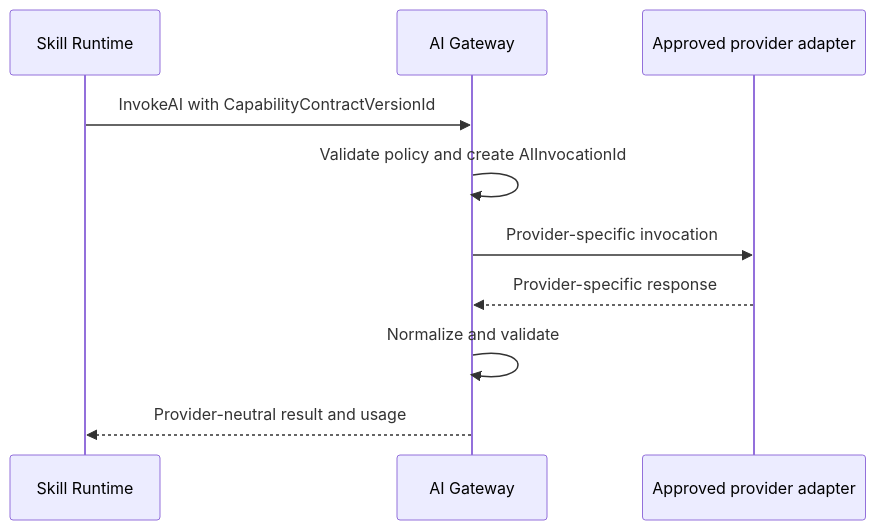
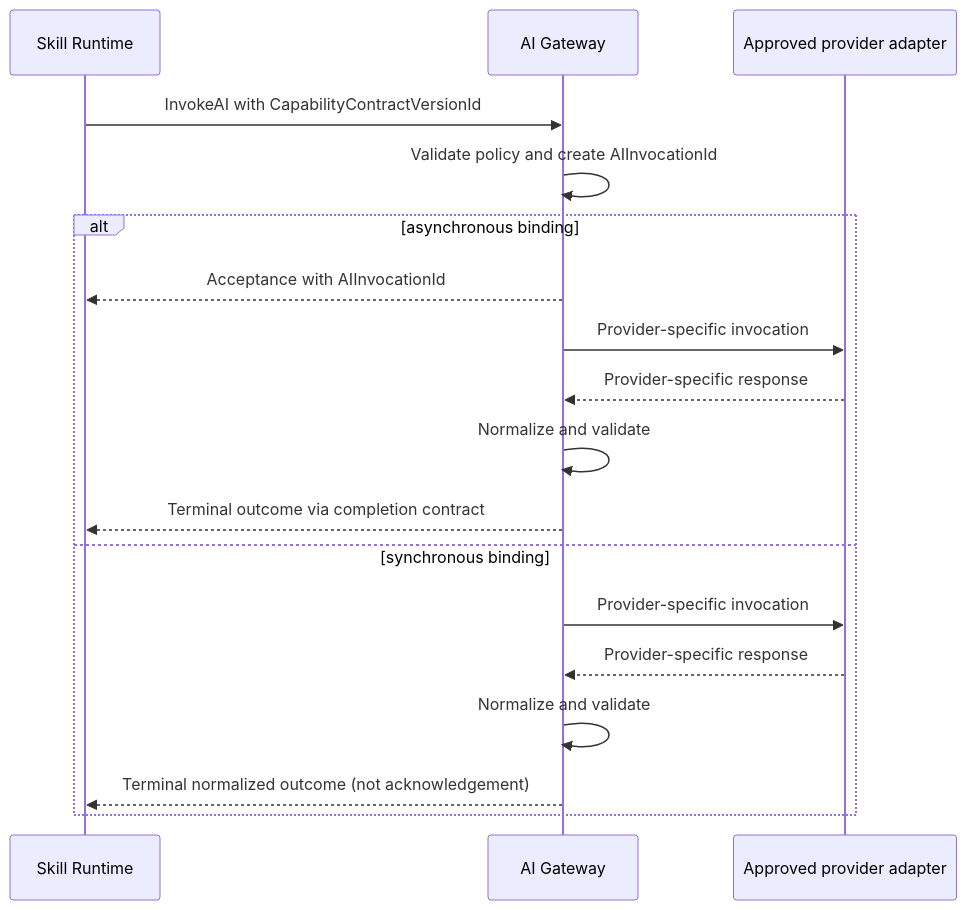
One commit to mayurbhavsar04/AIEOS changed the fourth of 9 diagrams in docs/architecture/ServiceInterfaces.md. Above: the diagram before and after it, drawn with Mermaid. The commit also changed other lines of this file and 1 other file, not shown here.

Commit message:
docs: clarify service interface ownership and completion semantics

````diff
--- a/docs/architecture/ServiceInterfaces.md
+++ b/docs/architecture/ServiceInterfaces.md
@@ -178,12 +178,20 @@
 ```mermaid
 sequenceDiagram
     participant Runtime as Skill Runtime
     participant Gateway as AI Gateway
     participant Provider as Approved provider adapter
     Runtime->>Gateway: InvokeAI with CapabilityContractVersionId
     Gateway->>Gateway: Validate policy and create AIInvocationId
-    Gateway->>Provider: Provider-specific invocation
-    Provider-->>Gateway: Provider-specific response
-    Gateway->>Gateway: Normalize and validate
-    Gateway-->>Runtime: Provider-neutral result and usage
+    alt asynchronous binding
+        Gateway-->>Runtime: Acceptance with AIInvocationId
+        Gateway->>Provider: Provider-specific invocation
+        Provider-->>Gateway: Provider-specific response
+        Gateway->>Gateway: Normalize and validate
+        Gateway-->>Runtime: Terminal outcome via completion contract
+    else synchronous binding
+        Gateway->>Provider: Provider-specific invocation
+        Provider-->>Gateway: Provider-specific response
+        Gateway->>Gateway: Normalize and validate
+        Gateway-->>Runtime: Terminal normalized outcome (not acknowledgement)
+    end
 ```
````
